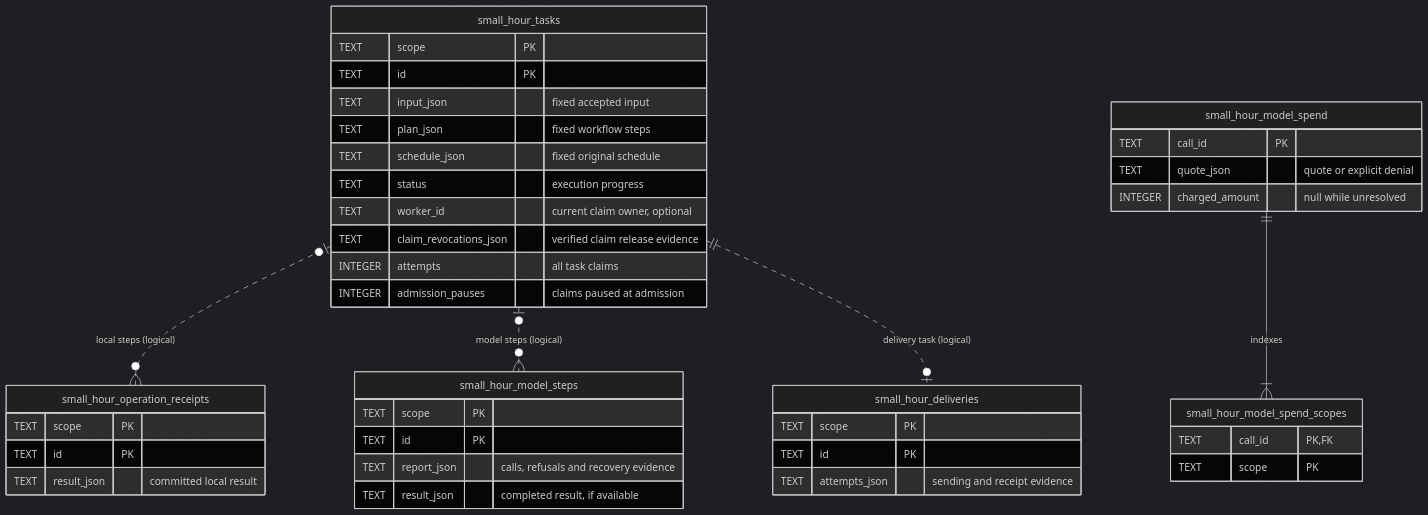
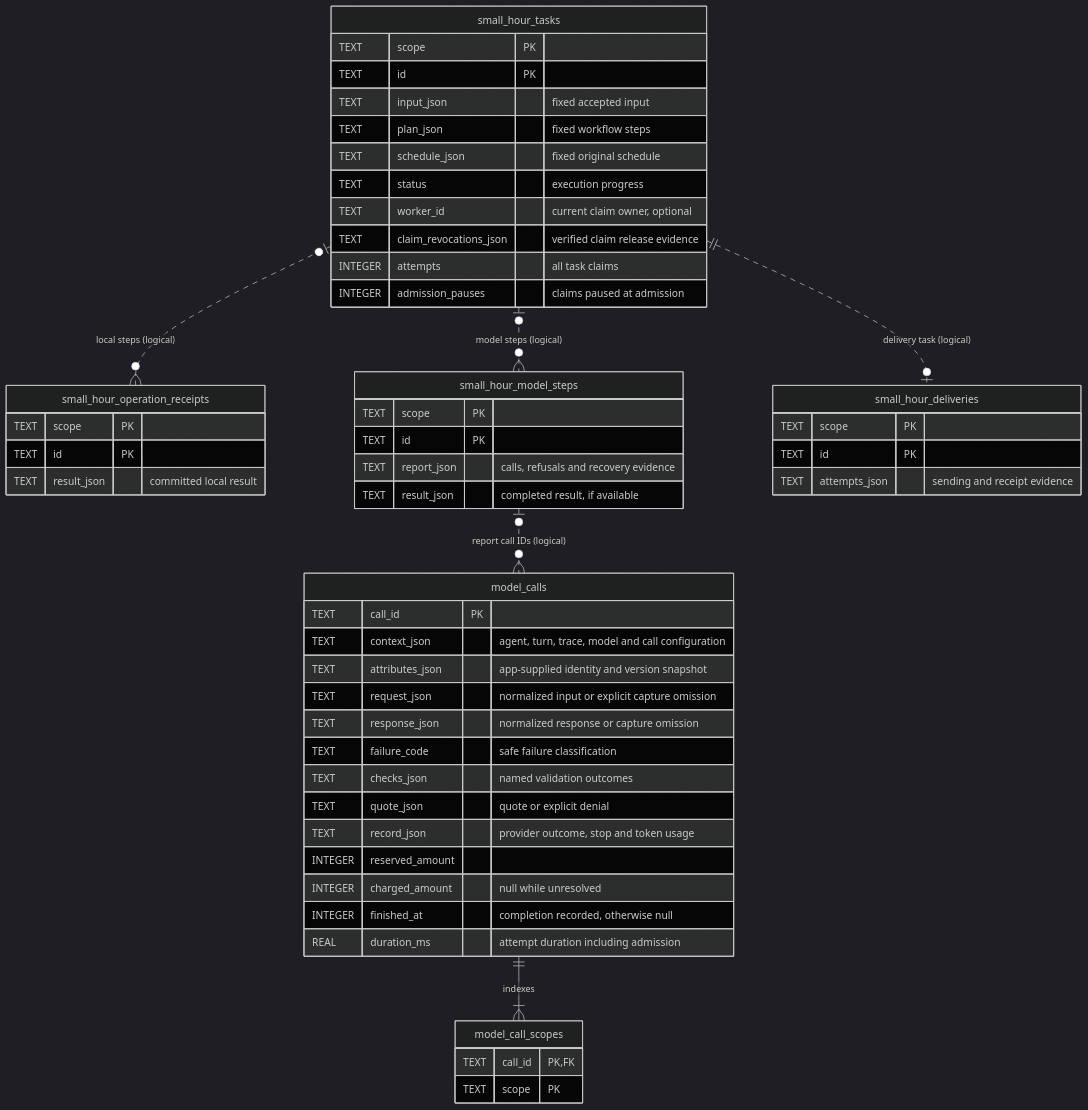
One commit to jingyufanclub/small-hour changed the diagram in docs/storage-schema.md. Above: the diagram before and after it, drawn with Mermaid (dark theme). The commit also changed other lines of this file and 32 other files, not shown here.

First line of the commit message:
Retain model-call evidence and accounting in one store (#44)

````diff
--- a/docs/storage-schema.md
+++ b/docs/storage-schema.md
@@ -13,46 +13,57 @@
 ```mermaid
 erDiagram
     accTitle: Small Hour's saved records
     accDescr: Tasks link to local receipts, model steps or delivery evidence. Spending memberships reference a single charge through a SQL foreign key.
     small_hour_tasks |o..o{ small_hour_operation_receipts : "local steps (logical)"
     small_hour_tasks |o..o{ small_hour_model_steps : "model steps (logical)"
     small_hour_tasks ||..o| small_hour_deliveries : "delivery task (logical)"
-    small_hour_model_spend ||--|{ small_hour_model_spend_scopes : indexes
+    small_hour_model_steps |o..o{ model_calls : "report call IDs (logical)"
+    model_calls ||--|{ model_call_scopes : indexes
     small_hour_tasks {
         TEXT scope PK
         TEXT id PK
         TEXT input_json "fixed accepted input"
         TEXT plan_json "fixed workflow steps"
         TEXT schedule_json "fixed original schedule"
         TEXT status "execution progress"
         TEXT worker_id "current claim owner, optional"
         TEXT claim_revocations_json "verified claim release evidence"
         INTEGER attempts "all task claims"
         INTEGER admission_pauses "claims paused at admission"
     }
     small_hour_operation_receipts {
         TEXT scope PK
         TEXT id PK
         TEXT result_json "committed local result"
     }
     small_hour_model_steps {
         TEXT scope PK
         TEXT id PK
         TEXT report_json "calls, refusals and recovery evidence"
         TEXT result_json "completed result, if available"
     }
     small_hour_deliveries {
         TEXT scope PK
         TEXT id PK
         TEXT attempts_json "sending and receipt evidence"
     }
-    small_hour_model_spend {
+    model_calls {
         TEXT call_id PK
+        TEXT context_json "agent, turn, trace, model and call configuration"
+        TEXT attributes_json "app-supplied identity and version snapshot"
+        TEXT request_json "normalized input or explicit capture omission"
+        TEXT response_json "normalized response or capture omission"
+        TEXT failure_code "safe failure classification"
+        TEXT checks_json "named validation outcomes"
         TEXT quote_json "quote or explicit denial"
+        TEXT record_json "provider outcome, stop and token usage"
+        INTEGER reserved_amount
         INTEGER charged_amount "null while unresolved"
+        INTEGER finished_at "completion recorded, otherwise null"
+        REAL duration_ms "attempt duration including admission"
     }
-    small_hour_model_spend_scopes {
+    model_call_scopes {
         TEXT call_id PK,FK
         TEXT scope PK
     }
 ```
````
